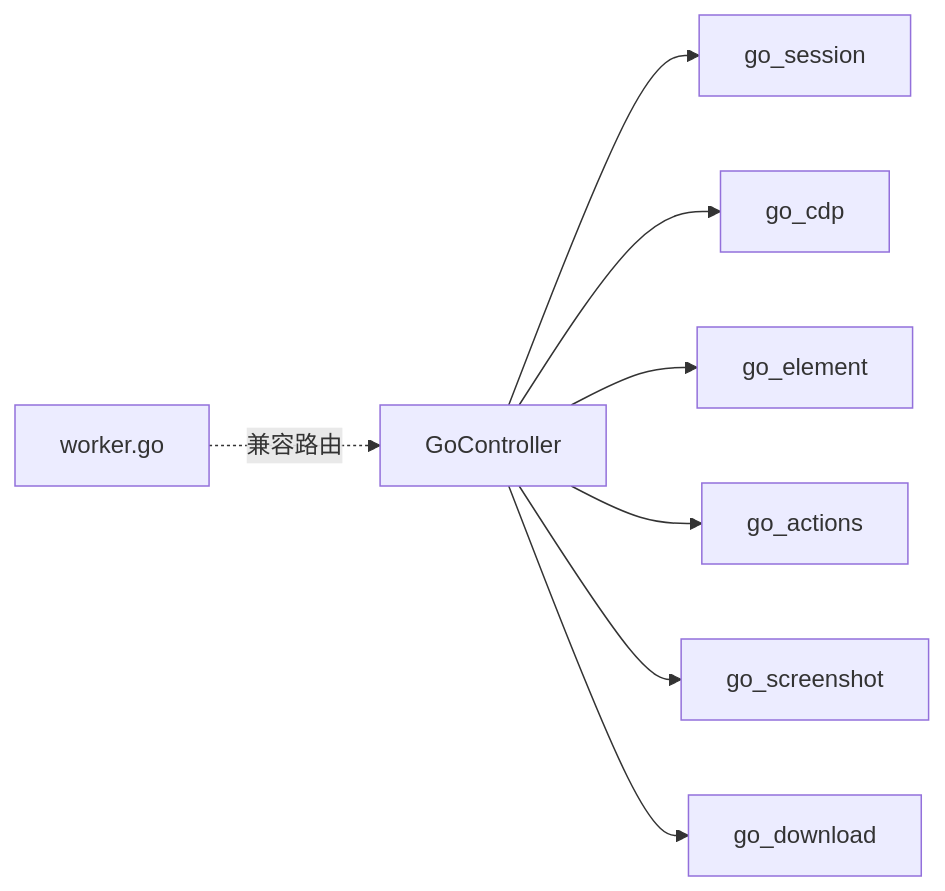
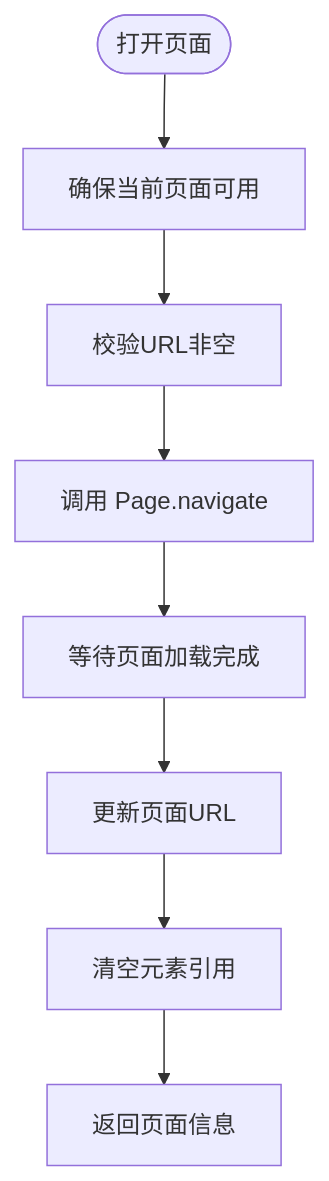
Before and after one commit to alvinwangzi/goodhr: the tenth of 13 diagrams in .qoder/repowiki/zh/content/本地执行器/浏览器自动化/浏览器控制器/页面生命周期管理.md, drawn with Mermaid. The commit also changed other lines of this file and 149 other files, not shown here.

````diff
--- a/.qoder/repowiki/zh/content/本地执行器/浏览器自动化/浏览器控制器/页面生命周期管理.md
+++ b/.qoder/repowiki/zh/content/本地执行器/浏览器自动化/浏览器控制器/页面生命周期管理.md
@@ -301,10 +318,10 @@
 ```mermaid
-graph LR
-Ctrl["GoController"] --> Sess["go_session"]
-Ctrl --> CDP["go_cdp"]
-Ctrl --> Elem["go_element"]
-Ctrl --> Act["go_actions"]
-Ctrl --> Shot["go_screenshot"]
-Ctrl --> DL["go_download"]
-Worker["worker.go"] -.兼容路由.-> Ctrl
+flowchart TD
+Open(["打开页面"]) --> EnsurePage["确保当前页面可用"]
+EnsurePage --> ValidateURL["校验URL非空"]
+ValidateURL --> Navigate["调用 Page.navigate"]
+Navigate --> WaitReady["等待页面加载完成"]
+WaitReady --> UpdateURL["更新页面URL"]
+UpdateURL --> ClearRefs["清空元素引用"]
+ClearRefs --> ReturnPage["返回页面信息"]
 ```
````
